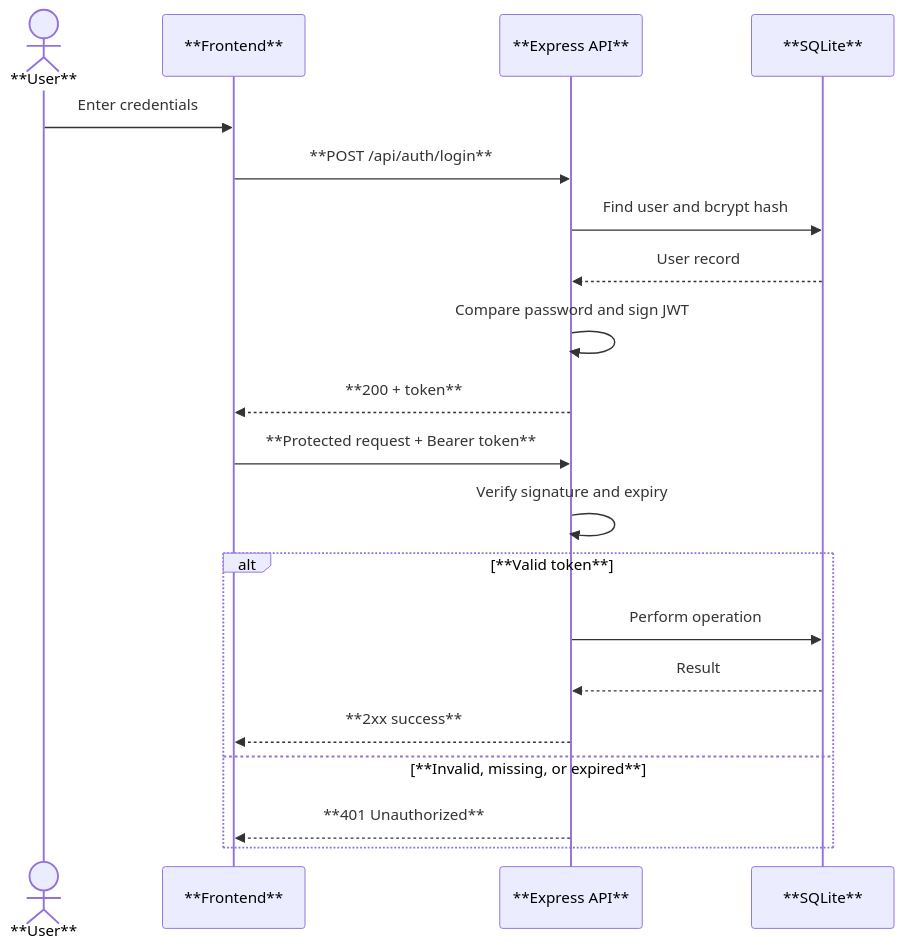
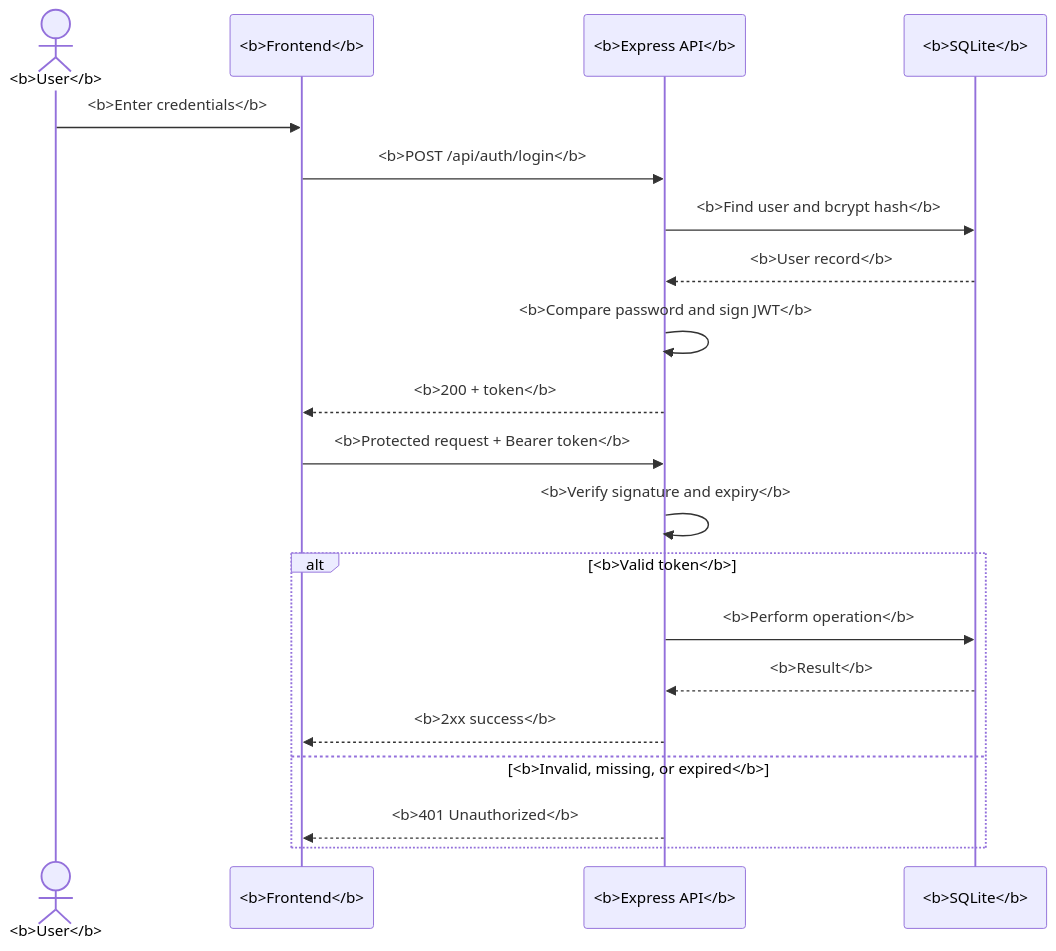
The diagram in docs/access-control-sequences.md (VictorWu-oss/SWE-Group-Project), drawn with Mermaid before and after one commit.

Commit message:
docs: bold sequence diagram labels

````diff
--- a/docs/access-control-sequences.md
+++ b/docs/access-control-sequences.md
@@ -5,22 +5,22 @@
 ```mermaid
 sequenceDiagram
-  actor U as **User**
-  participant F as **Frontend**
-  participant A as **Express API**
-  participant D as **SQLite**
-  U->>F: Enter credentials
-  F->>A: **POST /api/auth/login**
-  A->>D: Find user and bcrypt hash
-  D-->>A: User record
-  A->>A: Compare password and sign JWT
-  A-->>F: **200 + token**
-  F->>A: **Protected request + Bearer token**
-  A->>A: Verify signature and expiry
-  alt **Valid token**
-    A->>D: Perform operation
-    D-->>A: Result
-    A-->>F: **2xx success**
-  else **Invalid, missing, or expired**
-    A-->>F: **401 Unauthorized**
+  actor U as <b>User</b>
+  participant F as <b>Frontend</b>
+  participant A as <b>Express API</b>
+  participant D as <b>SQLite</b>
+  U->>F: <b>Enter credentials</b>
+  F->>A: <b>POST /api/auth/login</b>
+  A->>D: <b>Find user and bcrypt hash</b>
+  D-->>A: <b>User record</b>
+  A->>A: <b>Compare password and sign JWT</b>
+  A-->>F: <b>200 + token</b>
+  F->>A: <b>Protected request + Bearer token</b>
+  A->>A: <b>Verify signature and expiry</b>
+  alt <b>Valid token</b>
+    A->>D: <b>Perform operation</b>
+    D-->>A: <b>Result</b>
+    A-->>F: <b>2xx success</b>
+  else <b>Invalid, missing, or expired</b>
+    A-->>F: <b>401 Unauthorized</b>
   end
 ```
````
